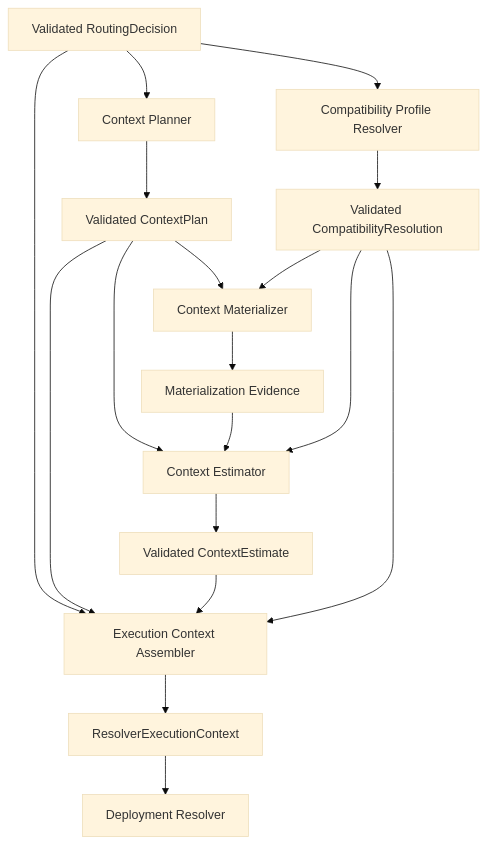
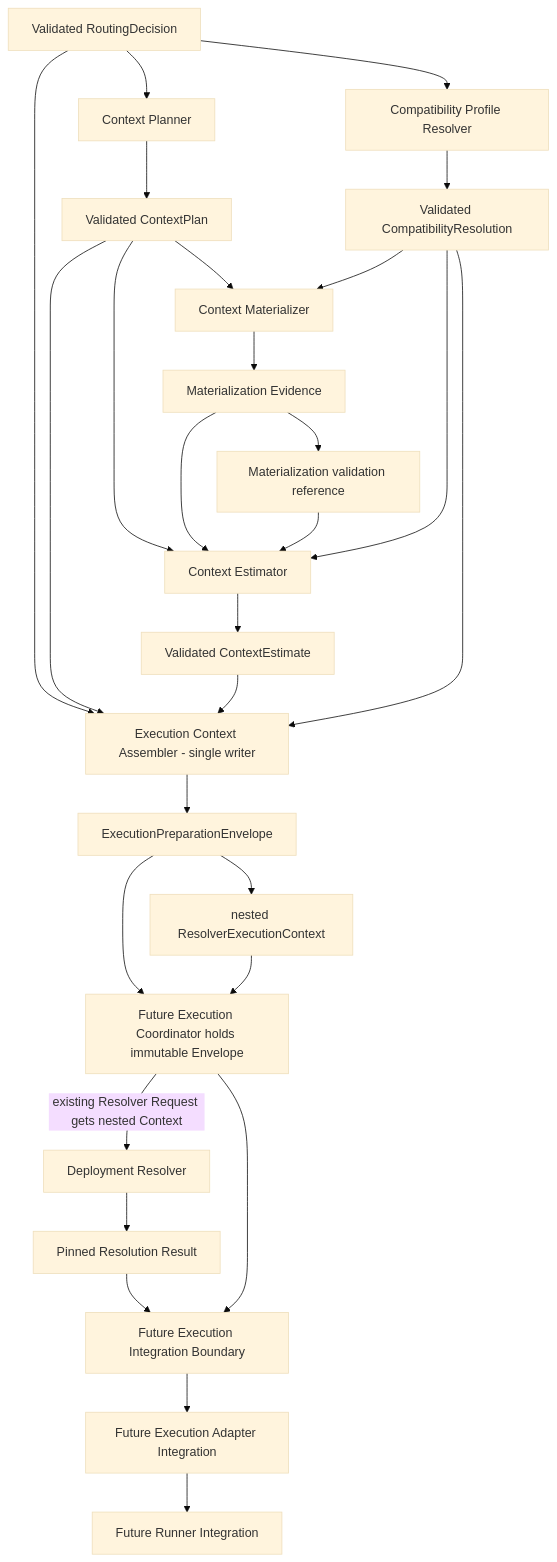
Before and after one commit to whatrune/sd-prompt-studio: the diagram in docs/automation/19-context-planning-execution-context-assembly-architecture.md, drawn with Mermaid (base theme). The commit also changed other lines of this file, not shown here.

Commit message:
docs: resolve context assembly review findings

````diff
--- a/docs/automation/19-context-planning-execution-context-assembly-architecture.md
+++ b/docs/automation/19-context-planning-execution-context-assembly-architecture.md
@@ -126,20 +141,30 @@
 ```mermaid
 flowchart TD
   RD["Validated RoutingDecision"] --> CP["Context Planner"]
   RD --> CR["Compatibility Profile Resolver"]
   CP --> PLAN["Validated ContextPlan"]
   CR --> COMPAT["Validated CompatibilityResolution"]
   PLAN --> MAT["Context Materializer"]
   COMPAT --> MAT
   MAT --> EVIDENCE["Materialization Evidence"]
+  EVIDENCE --> PROOF["Materialization validation reference"]
   PLAN --> EST["Context Estimator"]
   EVIDENCE --> EST
+  PROOF --> EST
   COMPAT --> EST
-  RD --> ASM["Execution Context Assembler"]
+  RD --> ASM["Execution Context Assembler - single writer"]
   PLAN --> ASM
   EST --> ESTIMATE["Validated ContextEstimate"]
   ESTIMATE --> ASM
   COMPAT --> ASM
-  ASM --> CONTEXT["ResolverExecutionContext"]
-  CONTEXT --> RESOLVER["Deployment Resolver"]
+  ASM --> ENVELOPE["ExecutionPreparationEnvelope"]
+  ENVELOPE --> CONTEXT["nested ResolverExecutionContext"]
+  ENVELOPE --> COORDINATOR["Future Execution Coordinator holds immutable Envelope"]
+  CONTEXT --> COORDINATOR
+  COORDINATOR -->|"existing Resolver Request gets nested Context"| RESOLVER["Deployment Resolver"]
+  RESOLVER --> RESULT["Pinned Resolution Result"]
+  RESULT --> INTEGRATION["Future Execution Integration Boundary"]
+  COORDINATOR --> INTEGRATION
+  INTEGRATION --> ADAPTER["Future Execution Adapter Integration"]
+  ADAPTER --> RUNNER["Future Runner Integration"]
 ```
````
